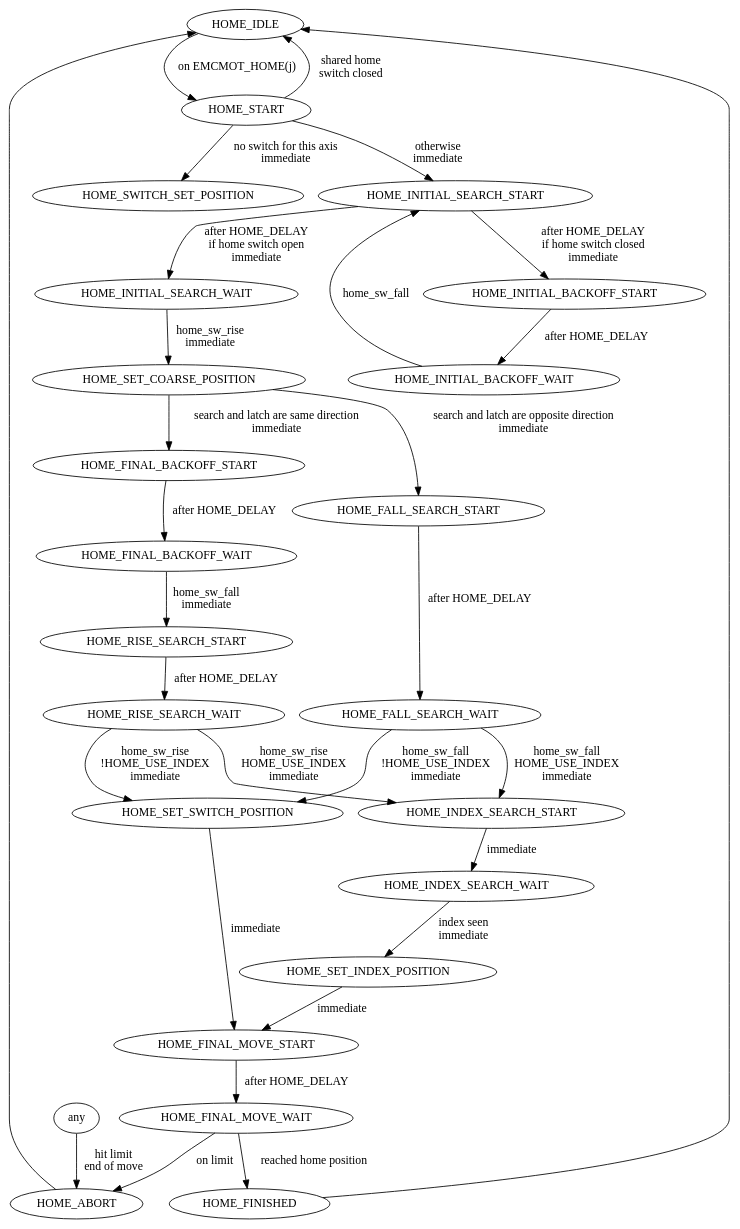
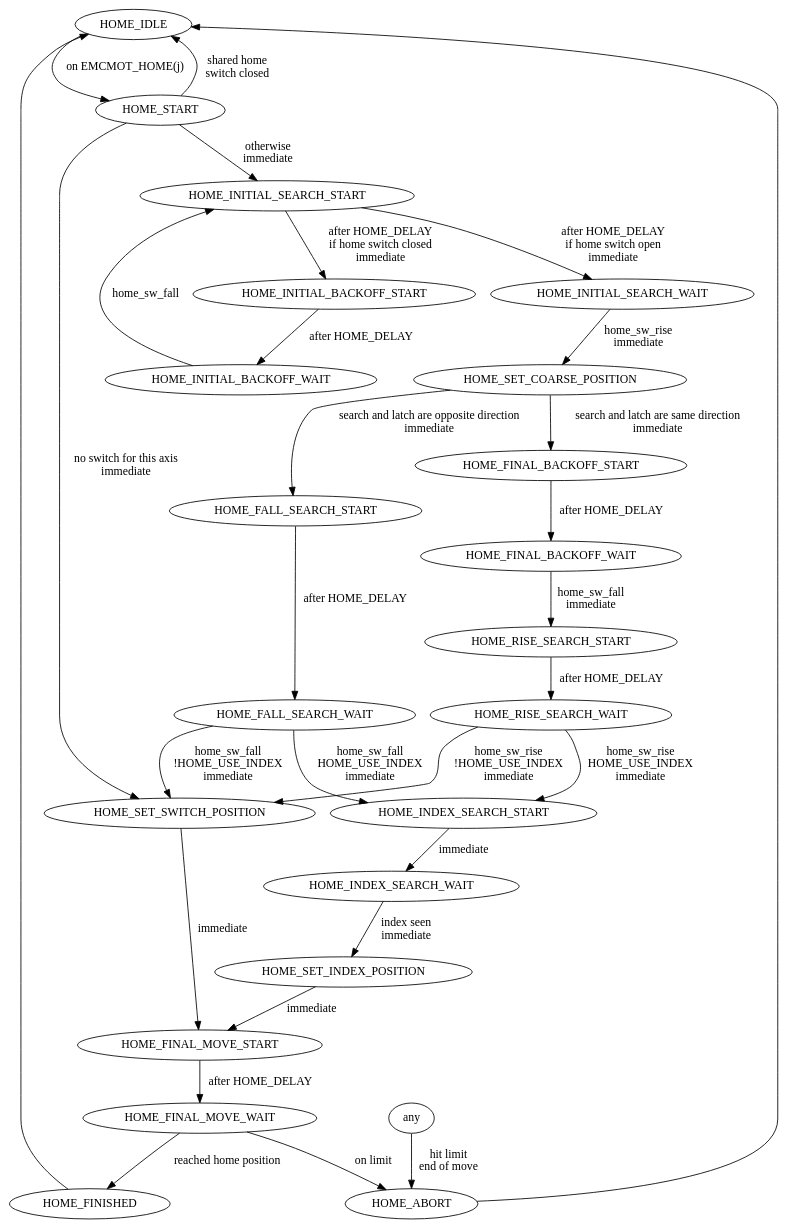
The diagram in src/code/homing.dot (machinekit/machinekit-docs), drawn with Graphviz before and after one commit.

Commit message:
fix state name

```diff
--- a/src/code/homing.dot
+++ b/src/code/homing.dot
@@ -1,31 +1,31 @@
 digraph homing {
     HOME_IDLE -> HOME_START [label="on EMCMOT_HOME(j)"];
     HOME_START -> HOME_IDLE [label="shared home\nswitch closed"];
-    HOME_START -> HOME_SWITCH_SET_POSITION [label="no switch for this axis\nimmediate"];
+    HOME_START -> HOME_SET_SWITCH_POSITION [label="no switch for this axis\nimmediate"];
     HOME_START -> HOME_INITIAL_SEARCH_START [label="otherwise\nimmediate"];
     HOME_INITIAL_BACKOFF_START -> HOME_INITIAL_BACKOFF_WAIT [label="after HOME_DELAY"];
     HOME_INITIAL_BACKOFF_WAIT -> HOME_INITIAL_SEARCH_START [label="home_sw_fall"];
     HOME_INITIAL_SEARCH_START -> HOME_INITIAL_BACKOFF_START [label="after HOME_DELAY\nif home switch closed\nimmediate"];
     HOME_INITIAL_SEARCH_START -> HOME_INITIAL_SEARCH_WAIT [label="after HOME_DELAY\nif home switch open\nimmediate"];
     HOME_INITIAL_SEARCH_WAIT -> HOME_SET_COARSE_POSITION [label="home_sw_rise\nimmediate"];
     HOME_SET_COARSE_POSITION -> HOME_FINAL_BACKOFF_START [label="search and latch are same direction\nimmediate"]
     HOME_SET_COARSE_POSITION -> HOME_FALL_SEARCH_START [label="search and latch are opposite direction\nimmediate"]
     HOME_FINAL_BACKOFF_START -> HOME_FINAL_BACKOFF_WAIT [label="after HOME_DELAY"];
     HOME_FINAL_BACKOFF_WAIT -> HOME_RISE_SEARCH_START [label="home_sw_fall\nimmediate"];
     HOME_RISE_SEARCH_START -> HOME_RISE_SEARCH_WAIT [label="after HOME_DELAY"];
     HOME_RISE_SEARCH_WAIT -> HOME_INDEX_SEARCH_START [label="home_sw_rise\nHOME_USE_INDEX\nimmediate"]
     HOME_RISE_SEARCH_WAIT -> HOME_SET_SWITCH_POSITION [label="home_sw_rise\n!HOME_USE_INDEX\nimmediate"]
     HOME_FALL_SEARCH_START -> HOME_FALL_SEARCH_WAIT [label="after HOME_DELAY"];
     HOME_FALL_SEARCH_WAIT -> HOME_INDEX_SEARCH_START [label="home_sw_fall\nHOME_USE_INDEX\nimmediate"]
     HOME_FALL_SEARCH_WAIT -> HOME_SET_SWITCH_POSITION [label="home_sw_fall\n!HOME_USE_INDEX\nimmediate"]
     HOME_INDEX_SEARCH_START -> HOME_INDEX_SEARCH_WAIT [label="immediate"];
     HOME_INDEX_SEARCH_WAIT -> HOME_SET_INDEX_POSITION [label="index seen\nimmediate"];
     HOME_SET_SWITCH_POSITION -> HOME_FINAL_MOVE_START [label="immediate"];
     HOME_SET_INDEX_POSITION -> HOME_FINAL_MOVE_START [label="immediate"];
     HOME_FINAL_MOVE_START -> HOME_FINAL_MOVE_WAIT [label="after HOME_DELAY"];
     HOME_FINAL_MOVE_WAIT -> HOME_ABORT [label="on limit"];
     HOME_FINAL_MOVE_WAIT -> HOME_FINISHED [label="reached home position"];
     HOME_FINISHED -> HOME_IDLE;
     any -> HOME_ABORT [label="hit limit\nend of move"]
     HOME_ABORT -> HOME_IDLE;
 }
```
